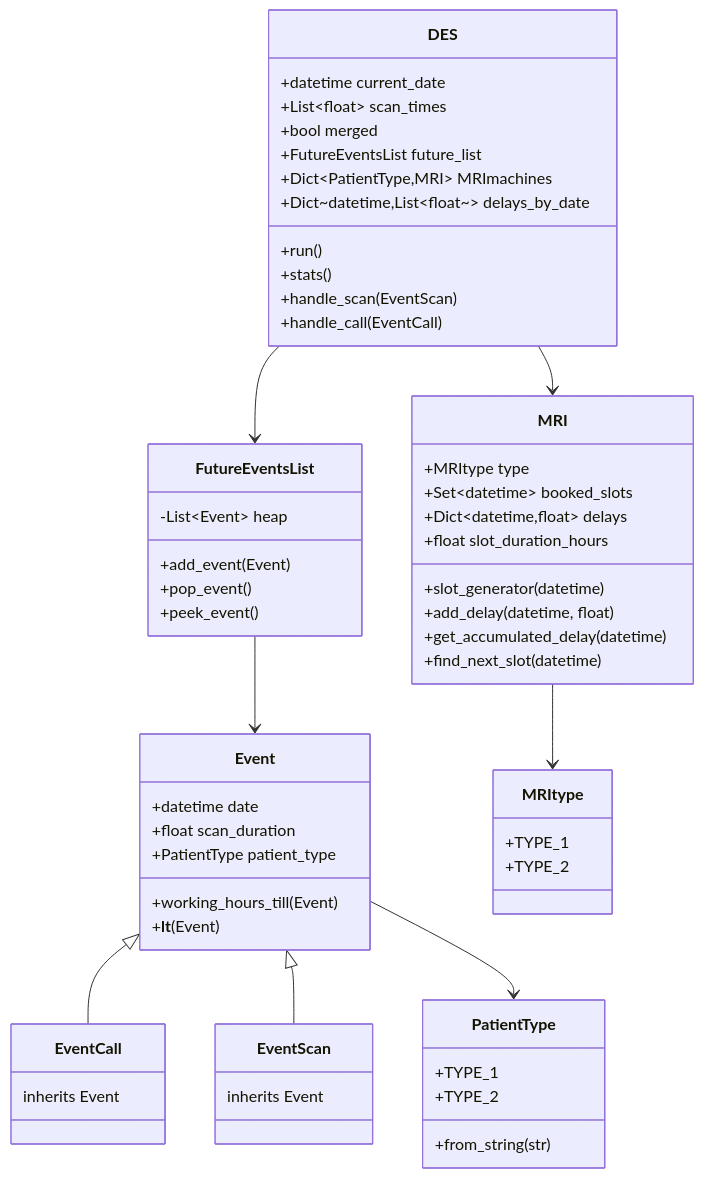
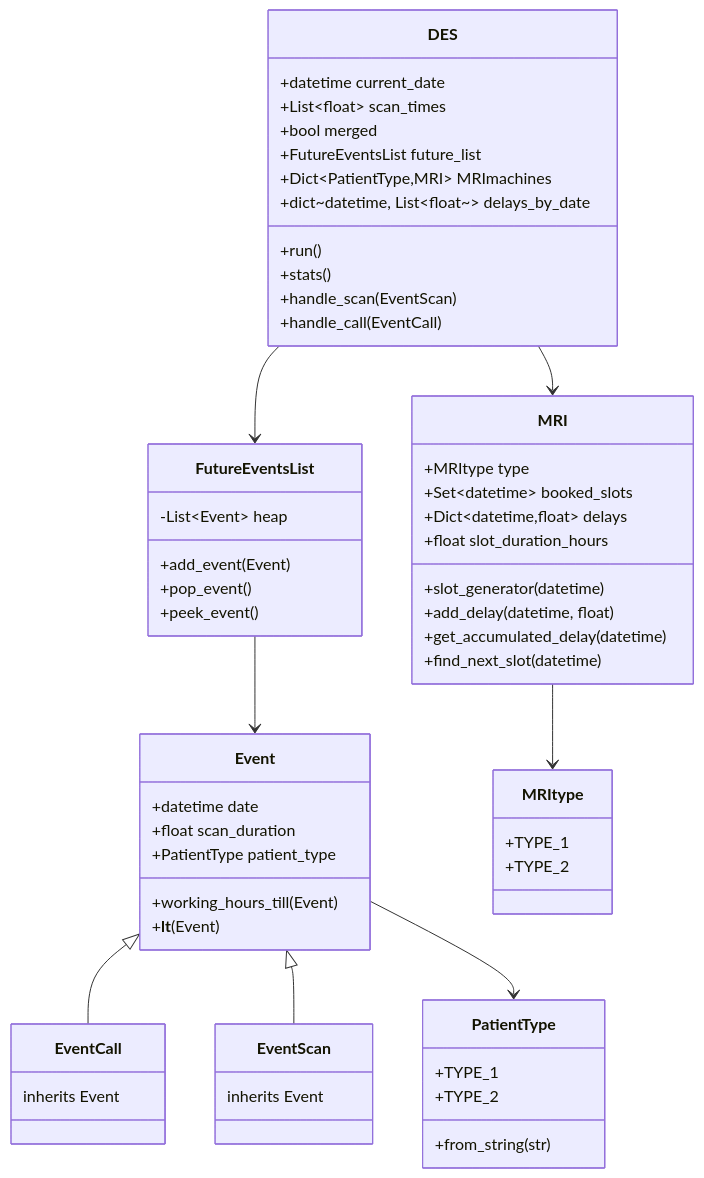
The diagram in README.md (QuinnCuijpers/Computational-Assignment), drawn with Mermaid before and after one commit.

````diff
--- a/README.md
+++ b/README.md
@@ -10,60 +10,60 @@
 ```mermaid
 classDiagram
 class Event {
 +datetime date
 +float scan_duration
 +PatientType patient_type
 +working_hours_till(Event)
 +__lt__(Event)
 }
 class EventCall {
 inherits Event
 }
 class EventScan {
 inherits Event
 }
 class PatientType {
 +TYPE_1
 +TYPE_2
 +from_string(str)
 }
 class MRItype {
 +TYPE_1
 +TYPE_2
 }
 class MRI {
 +MRItype type
 +Set~datetime~ booked_slots
 +Dict~datetime,float~ delays
 +float slot_duration_hours
 +slot_generator(datetime)
 +add_delay(datetime, float)
 +get_accumulated_delay(datetime)
 +find_next_slot(datetime)
 }
 class FutureEventsList {
 -List~Event~ heap
 +add_event(Event)
 +pop_event()
 +peek_event()
 }
 class DES {
 +datetime current_date
 +List~float~ scan_times
 +bool merged
 +FutureEventsList future_list
 +Dict~PatientType,MRI~ MRImachines
-+Dict~datetime,List~float~~ delays_by_date
++dict~datetime, List~float~~  delays_by_date
 +run()
 +stats()
 +handle_scan(EventScan)
 +handle_call(EventCall)
 }
 Event <|-- EventCall
 Event <|-- EventScan
 Event --> PatientType
 MRI --> MRItype
 DES --> FutureEventsList
 DES --> MRI
 FutureEventsList --> Event
 ```
````
